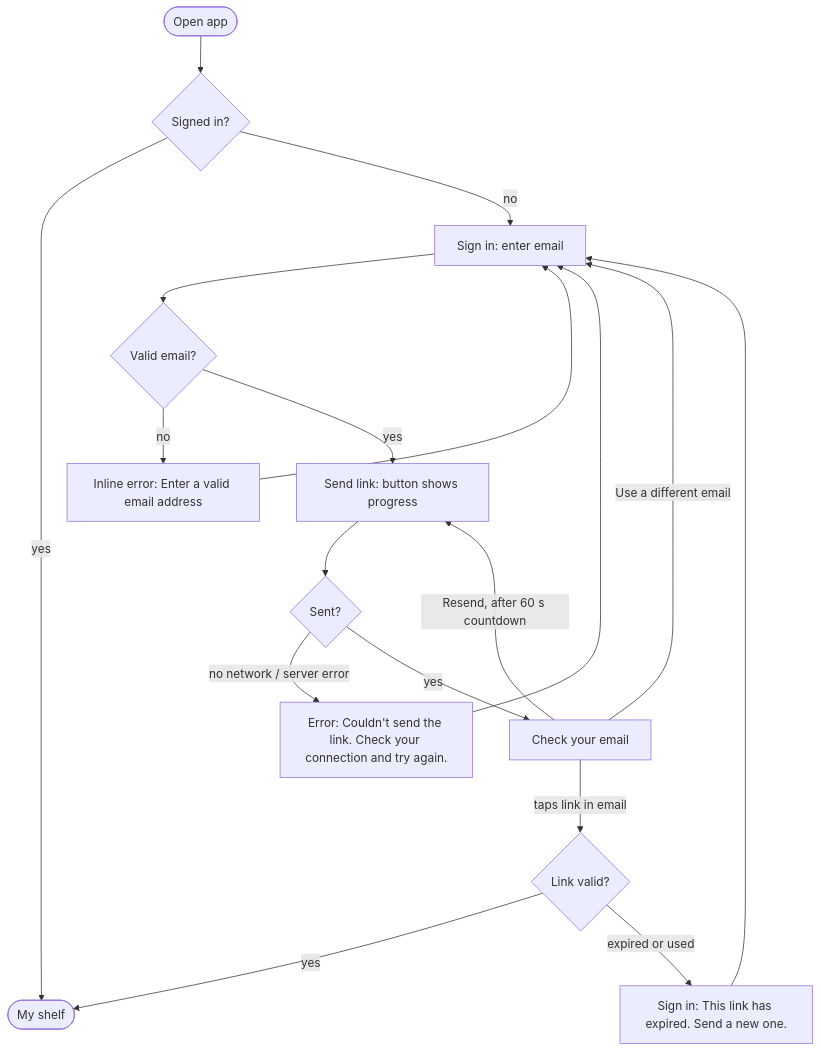
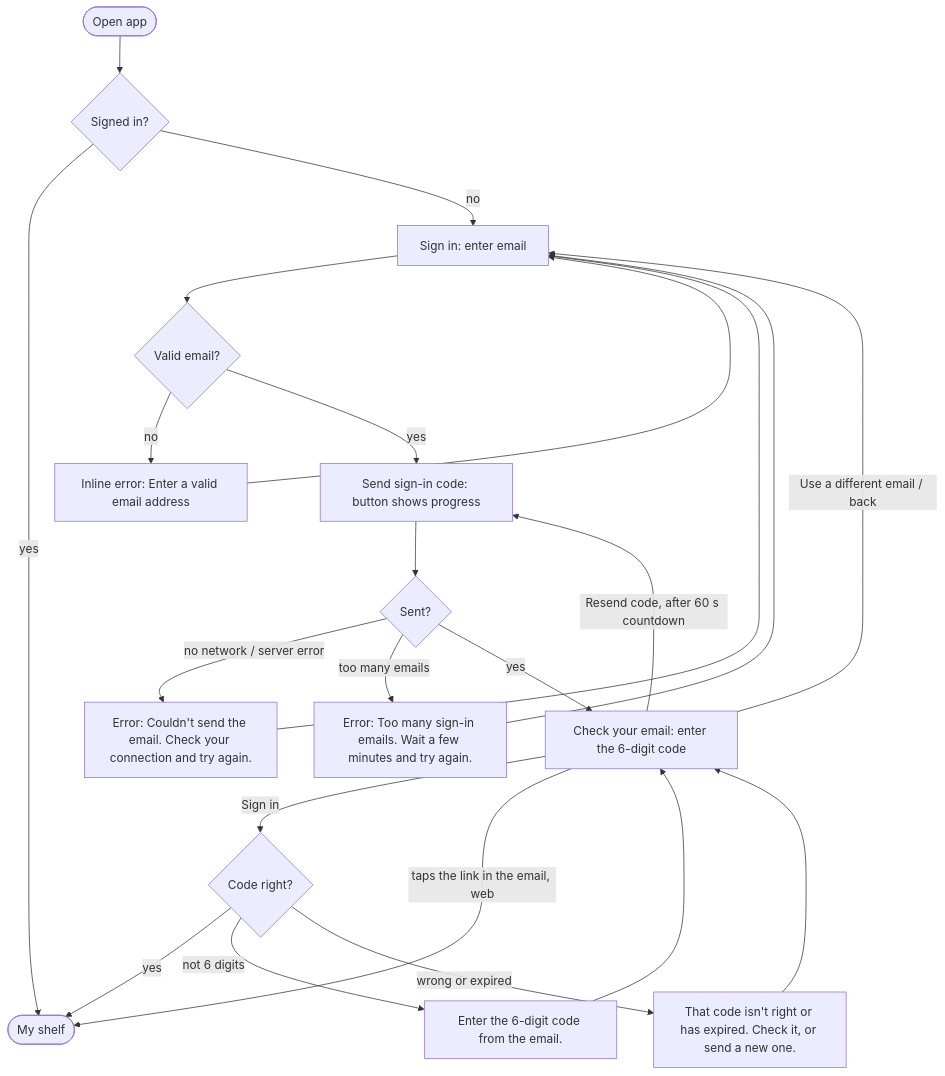
One commit to Schwub/shelf changed the first of 8 diagrams in docs/design/flows.md. Above: the diagram before and after it, drawn with Mermaid. The commit also changed other lines of this file and 24 other files, not shown here.

First line of the commit message:
Sign in with an emailed code or link (TASK-6)

````diff
--- a/docs/design/flows.md
+++ b/docs/design/flows.md
@@ -14,17 +14,20 @@
 ```mermaid
 flowchart TD
   open([Open app]) --> session{Signed in?}
   session -- yes --> shelf([My shelf])
   session -- no --> signin[Sign in: enter email]
   signin --> valid{Valid email?}
   valid -- no --> invalidErr[Inline error: Enter a valid email address] --> signin
-  valid -- yes --> send[Send link: button shows progress]
+  valid -- yes --> send[Send sign-in code: button shows progress]
   send --> sent{Sent?}
-  sent -- no network / server error --> sendErr[Error: Couldn't send the link. Check your connection and try again.] --> signin
-  sent -- yes --> check[Check your email]
-  check -- Resend, after 60 s countdown --> send
-  check -- Use a different email --> signin
-  check -- taps link in email --> deep{Link valid?}
-  deep -- yes --> shelf
-  deep -- expired or used --> linkErr[Sign in: This link has expired. Send a new one.] --> signin
+  sent -- no network / server error --> sendErr[Error: Couldn't send the email. Check your connection and try again.] --> signin
+  sent -- too many emails --> limitErr[Error: Too many sign-in emails. Wait a few minutes and try again.] --> signin
+  sent -- yes --> check[Check your email: enter the 6-digit code]
+  check -- Sign in --> code{Code right?}
+  code -- yes --> shelf
+  code -- not 6 digits --> digitsErr[Enter the 6-digit code from the email.] --> check
+  code -- wrong or expired --> codeErr[That code isn't right or has expired. Check it, or send a new one.] --> check
+  check -- Resend code, after 60 s countdown --> send
+  check -- Use a different email / back --> signin
+  check -- taps the link in the email, web --> shelf
 ```
````
